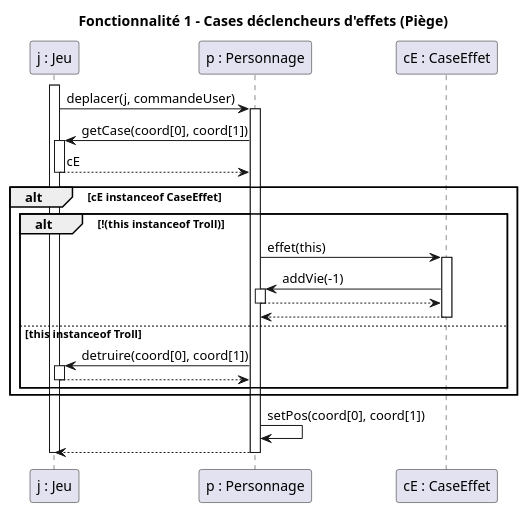
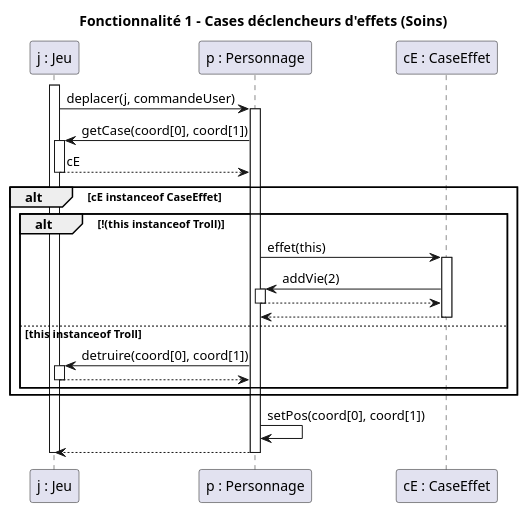
Before and after one commit to lucas-martinati-pro/SAE_S2.01_Zeldiablo-LucasM_JeanLM_PierreGSV: the diagram in documents/version_4/Diagrammes Séquence/Fonctionnalité 1.puml, drawn with PlantUML.

Commit message:
edit: DS F1

```diff
--- a/documents/version_4/Diagrammes Séquence/Fonctionnalité 1.puml
+++ b/documents/version_4/Diagrammes Séquence/Fonctionnalité 1.puml
@@ -1,39 +1,39 @@
 @startuml
-title Fonctionnalité 1 - Cases déclencheurs d'effets (Piège)
+title Fonctionnalité 1 - Cases déclencheurs d'effets (Soins)
 
 participant "j : Jeu" as Jeu
 participant "p : Personnage" as Perso
 participant "cE : CaseEffet" as CaseEffet
 
 activate Jeu
 Jeu -> Perso : deplacer(j, commandeUser)
 activate Perso
 
 Perso -> Jeu : getCase(coord[0], coord[1])
 activate Jeu
 Jeu --> Perso : cE
 deactivate Jeu
 
 alt cE instanceof CaseEffet
     alt !(this instanceof Troll)
         Perso -> CaseEffet : effet(this)
         activate CaseEffet
-        CaseEffet -> Perso : addVie(-1)
+        CaseEffet -> Perso : addVie(2)
         activate Perso
         Perso --> CaseEffet
         deactivate Perso
         CaseEffet --> Perso
         deactivate CaseEffet
     else this instanceof Troll
         Perso -> Jeu : detruire(coord[0], coord[1])
         activate Jeu
         Jeu --> Perso
         deactivate Jeu
     end
 end
 
 Perso -> Perso : setPos(coord[0], coord[1])
 Perso --> Jeu
 deactivate Perso
 deactivate Jeu
 @enduml
```
